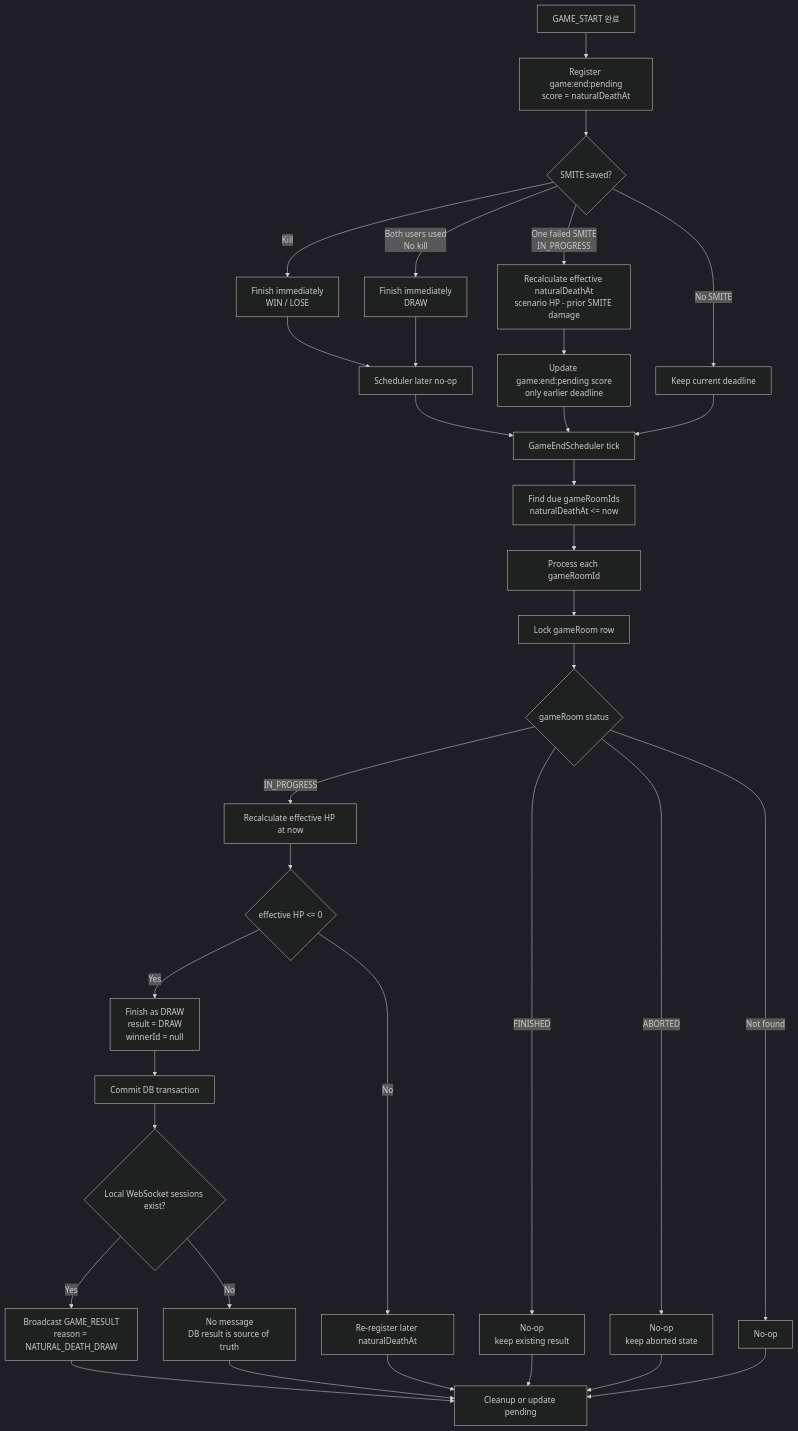
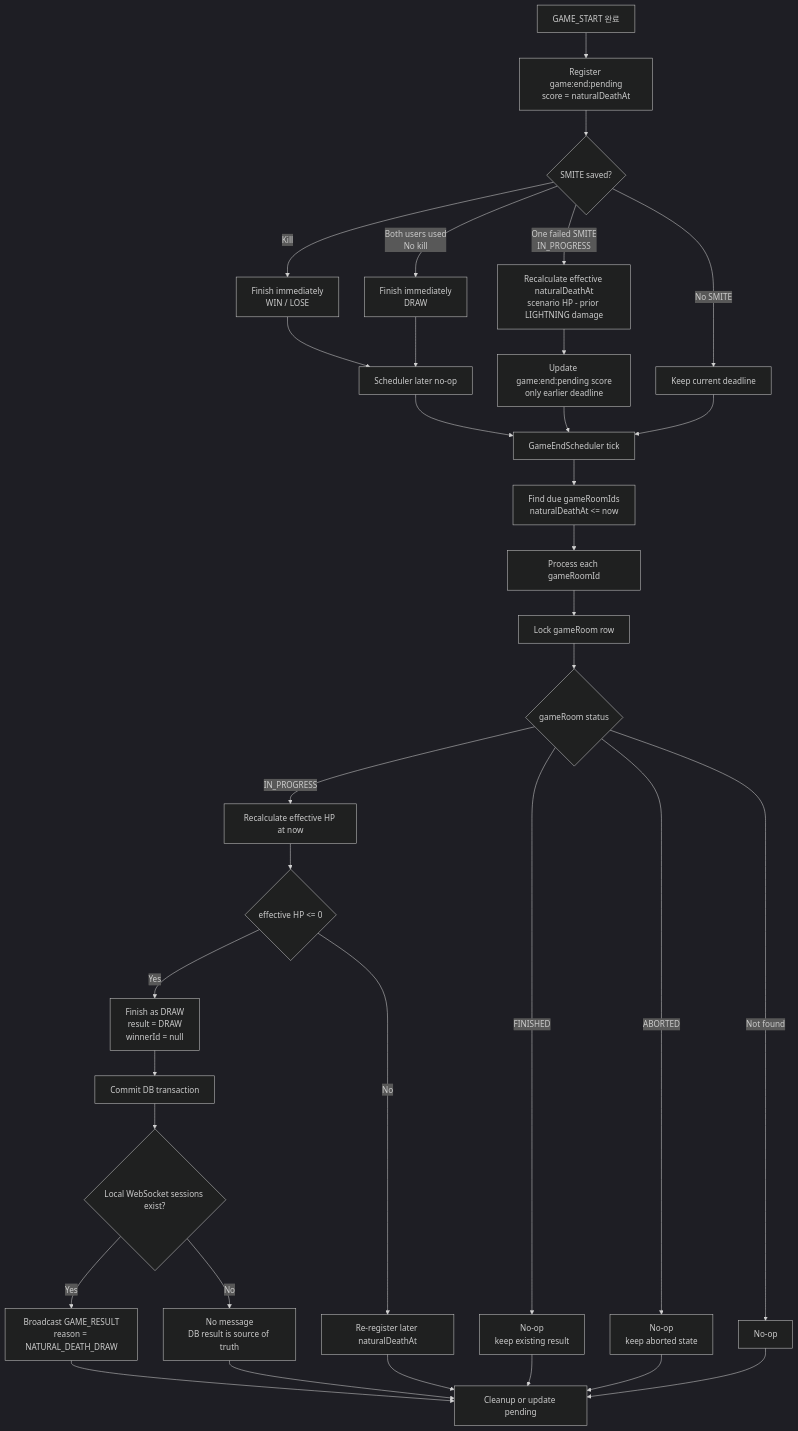
One commit to moonwhistle/League-of-Star changed the first of 5 diagrams in docs/antigravity/backend/issue-50-game-end-scheduler-settlement.md. Above: the diagram before and after it, drawn with Mermaid (dark theme). The commit also changed other lines of this file and 49 other files, not shown here.

````diff
--- a/docs/antigravity/backend/issue-50-game-end-scheduler-settlement.md
+++ b/docs/antigravity/backend/issue-50-game-end-scheduler-settlement.md
@@ -24,36 +24,36 @@
 ```mermaid
 flowchart TD
     A[GAME_START 완료] --> B[Register game:end:pending<br/>score = naturalDeathAt]
     B --> C{SMITE saved?}
     C -- Kill --> C1[Finish immediately<br/>WIN / LOSE]
     C -- Both users used<br/>No kill --> C2[Finish immediately<br/>DRAW]
-    C -- One failed SMITE<br/>IN_PROGRESS --> D[Recalculate effective naturalDeathAt<br/>scenario HP - prior SMITE damage]
+    C -- One failed SMITE<br/>IN_PROGRESS --> D[Recalculate effective naturalDeathAt<br/>scenario HP - prior LIGHTNING damage]
     D --> E[Update game:end:pending score<br/>only earlier deadline]
     C -- No SMITE --> F[Keep current deadline]
     C1 --> X[Scheduler later no-op]
     C2 --> X
     E --> G[GameEndScheduler tick]
     F --> G
     X --> G
     G --> H[Find due gameRoomIds<br/>naturalDeathAt <= now]
     H --> I[Process each gameRoomId]
     I --> J[Lock gameRoom row]
     J --> K{gameRoom status}
     K -- IN_PROGRESS --> L[Recalculate effective HP at now]
     L --> M{effective HP <= 0}
     M -- Yes --> N[Finish as DRAW<br/>result = DRAW<br/>winnerId = null]
     M -- No --> O[Re-register later naturalDeathAt]
     K -- FINISHED --> P[No-op<br/>keep existing result]
     K -- ABORTED --> Q[No-op<br/>keep aborted state]
     K -- Not found --> R[No-op]
     N --> S[Commit DB transaction]
     O --> T[Cleanup or update pending]
     P --> T
     Q --> T
     R --> T
     S --> U{Local WebSocket sessions exist?}
     U -- Yes --> V[Broadcast GAME_RESULT<br/>reason = NATURAL_DEATH_DRAW]
     U -- No --> W[No message<br/>DB result is source of truth]
     V --> T
     W --> T
 ```
````
